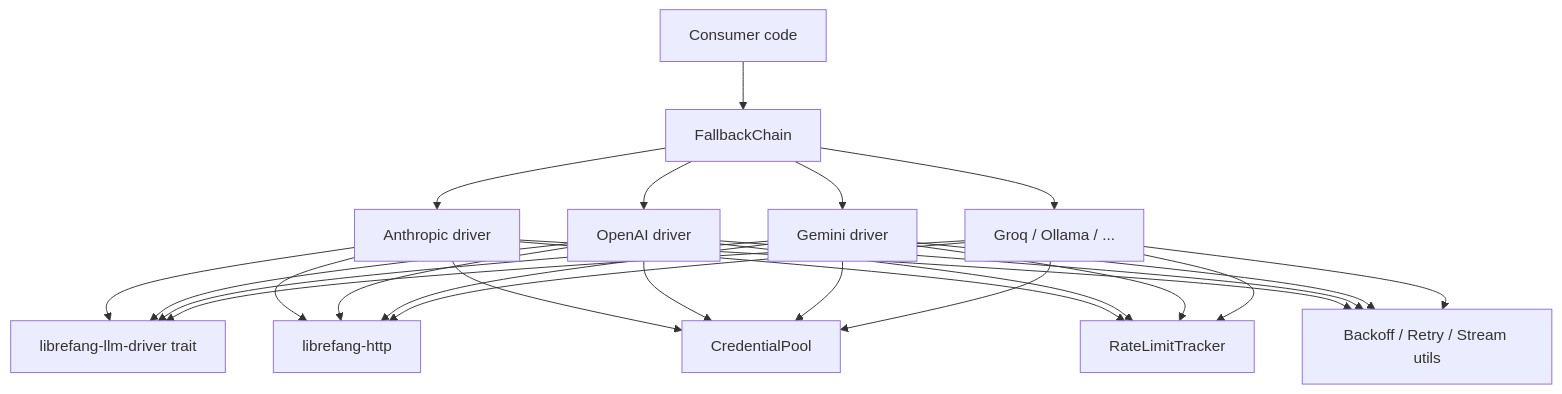
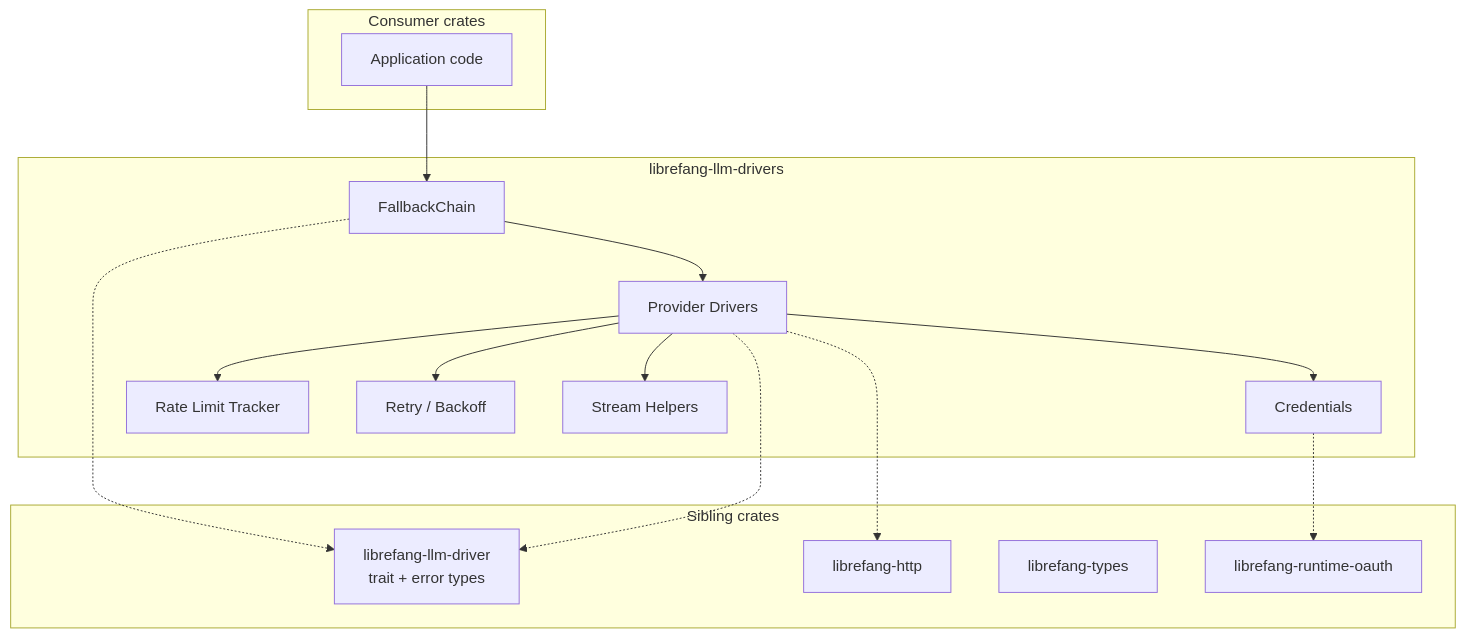
One commit to leszek3737/librefang-WIki changed the diagram in other-librefang-llm-drivers.md. Above: the diagram before and after it, drawn with Mermaid. The commit also changed other lines of this file and 110 other files, not shown here.

````diff
--- a/other-librefang-llm-drivers.md
+++ b/other-librefang-llm-drivers.md
@@ -11,13 +9,33 @@
 ```mermaid
 graph TD
-    A[Consumer code] --> FC[FallbackChain]
-    FC --> D1[Anthropic driver]
-    FC --> D2[OpenAI driver]
-    FC --> D3[Gemini driver]
-    FC --> D4[Groq / Ollama / ...]
-    D1 & D2 & D3 & D4 --> LD[librefang-llm-driver trait]
-    D1 & D2 & D3 & D4 --> LH[librefang-http]
-    D1 & D2 & D3 & D4 --> CP[CredentialPool]
-    D1 & D2 & D3 & D4 --> RL[RateLimitTracker]
-    D1 & D2 & D3 & D4 --> RT[Backoff / Retry / Stream utils]
+    subgraph "Consumer crates"
+        A[Application code]
+    end
+
+    subgraph "librefang-llm-drivers"
+        B[FallbackChain]
+        C[Credentials]
+        D[Rate Limit Tracker]
+        E[Provider Drivers]
+        F[Retry / Backoff]
+        G[Stream Helpers]
+    end
+
+    subgraph "Sibling crates"
+        H[librefang-llm-driver<br/>trait + error types]
+        I[librefang-http]
+        J[librefang-types]
+        K[librefang-runtime-oauth]
+    end
+
+    A --> B
+    B --> E
+    E --> C
+    E --> D
+    E --> F
+    E --> G
+    E -.-> H
+    E -.-> I
+    C -.-> K
+    B -.-> H
 ```
````
